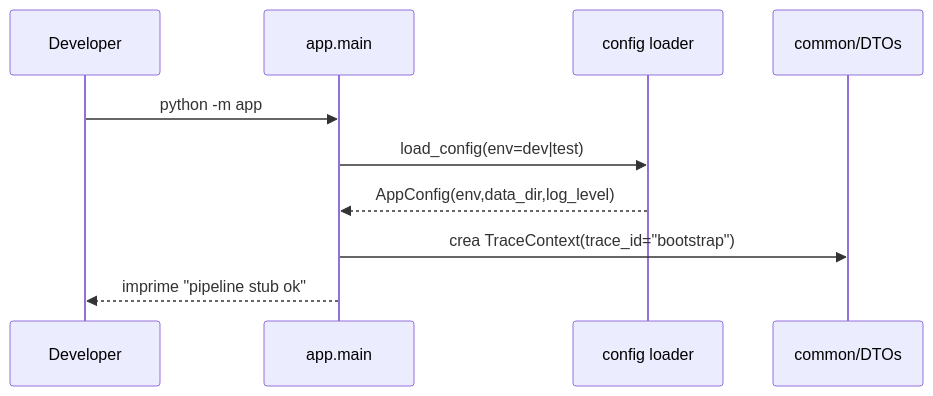
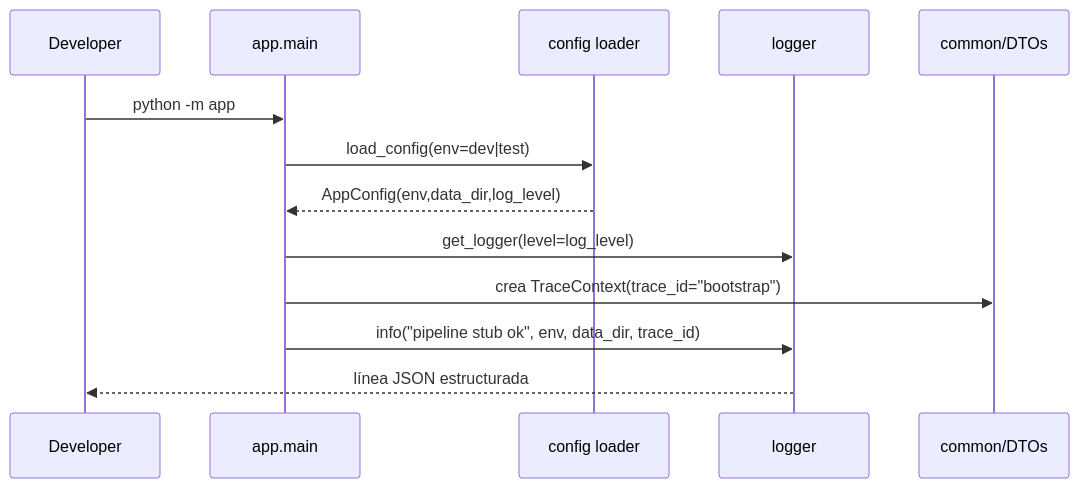
One commit to oscarlgarcia/MyTraderSystem changed the third of 3 diagrams in docs/architecture.md. Above: the diagram before and after it, drawn with Mermaid. The commit also changed other lines of this file and 5 other files, not shown here.

Commit message:
feat: add structured logger with trace context

````diff
--- a/docs/architecture.md
+++ b/docs/architecture.md
@@ -121,13 +124,16 @@
 ```mermaid
 sequenceDiagram
   participant Dev as Developer
   participant Main as app.main
   participant Config as config loader
+  participant Logger as logger
   participant Common as common/DTOs
 
   Dev->>Main: python -m app
   Main->>Config: load_config(env=dev|test)
   Config-->>Main: AppConfig(env,data_dir,log_level)
+  Main->>Logger: get_logger(level=log_level)
   Main->>Common: crea TraceContext(trace_id="bootstrap")
-  Main-->>Dev: imprime "pipeline stub ok"
+  Main->>Logger: info("pipeline stub ok", env, data_dir, trace_id)
+  Logger-->>Dev: línea JSON estructurada
 ```
````
